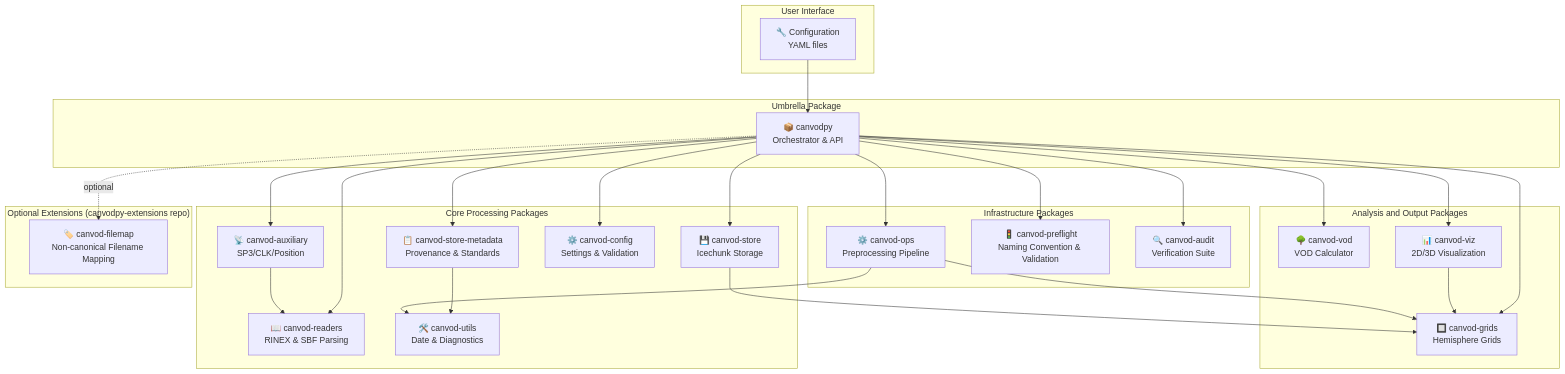
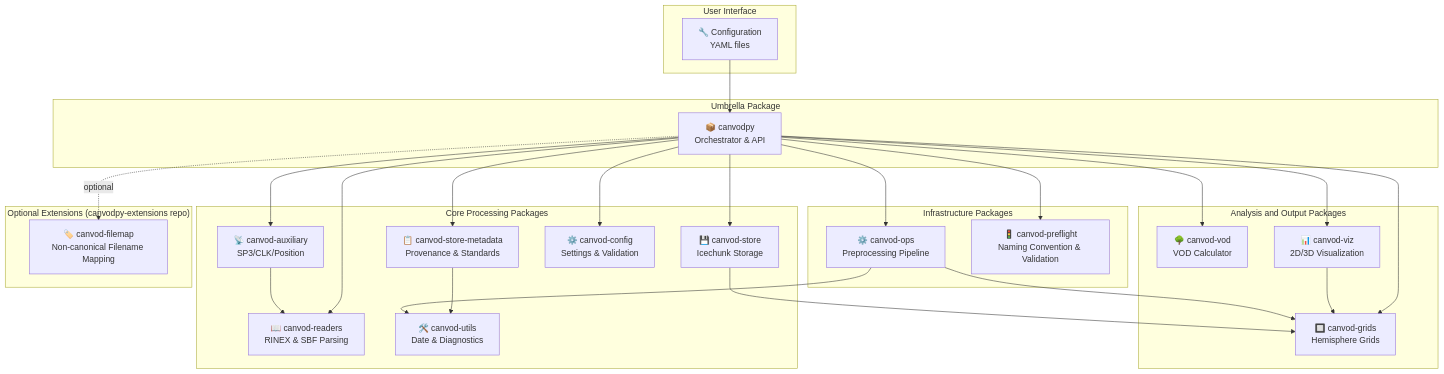
Before and after one commit to nfb2021/canvodpy: the first of 3 diagrams in README.md, drawn with Mermaid. The commit also changed other lines of this file and 84 other files, not shown here.

````diff
--- a/README.md
+++ b/README.md
@@ -47,56 +47,54 @@
 ```mermaid
 graph TB
     subgraph UI[User Interface]
         Config["🔧 Configuration<br/>YAML files"]
     end
 
     subgraph Umbrella[Umbrella Package]
         Canvodpy["📦 canvodpy<br/>Orchestrator & API"]
     end
 
     subgraph CorePkg[Core Processing Packages]
         Readers["📖 canvod-readers<br/>RINEX & SBF Parsing"]
         Aux["📡 canvod-auxiliary<br/>SP3/CLK/Position"]
         Store["💾 canvod-store<br/>Icechunk Storage"]
         StoreMeta["📋 canvod-store-metadata<br/>Provenance & Standards"]
         CanvodConfig["⚙️ canvod-config<br/>Settings & Validation"]
         Utils["🛠️ canvod-utils<br/>Date & Diagnostics"]
     end
 
     subgraph AnalysisPkg[Analysis and Output Packages]
         VOD["🌳 canvod-vod<br/>VOD Calculator"]
         Grids["🔲 canvod-grids<br/>Hemisphere Grids"]
         Viz["📊 canvod-viz<br/>2D/3D Visualization"]
     end
 
     subgraph InfraPkg[Infrastructure Packages]
         Ops["⚙️ canvod-ops<br/>Preprocessing Pipeline"]
         Preflight["🚦 canvod-preflight<br/>Naming Convention & Validation"]
-        Audit["🔍 canvod-audit<br/>Verification Suite"]
     end
 
     subgraph ExtPkg["Optional Extensions (canvodpy-extensions repo)"]
         Filemap["🏷️ canvod-filemap<br/>Non-canonical Filename Mapping"]
     end
 
     Config --> Canvodpy
     Canvodpy --> Readers
     Canvodpy --> Aux
     Canvodpy --> Store
     Canvodpy --> StoreMeta
     Canvodpy --> CanvodConfig
     Canvodpy --> VOD
     Canvodpy --> Grids
     Canvodpy --> Viz
     Canvodpy --> Ops
     Canvodpy --> Preflight
-    Canvodpy --> Audit
     Canvodpy -.optional.-> Filemap
 
     Aux --> Readers
     Store --> Grids
     StoreMeta --> Utils
     Viz --> Grids
     Ops --> Grids
     Ops --> Utils
 ```
````
